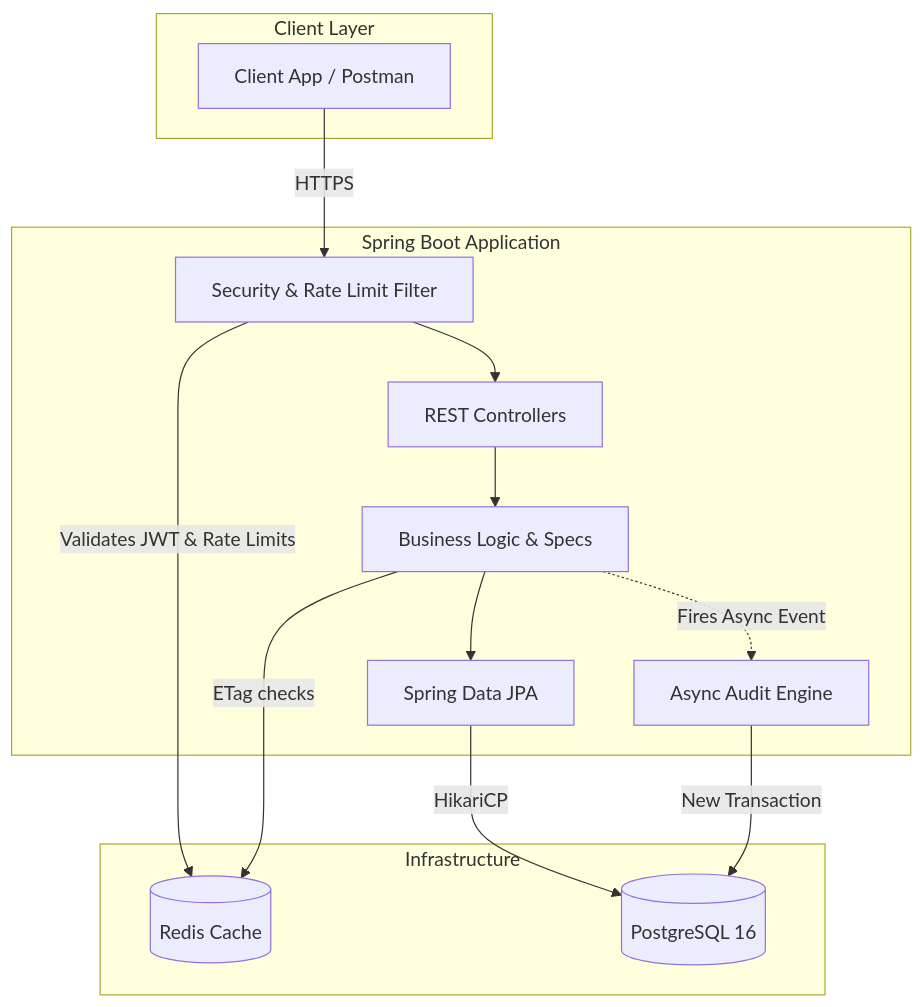
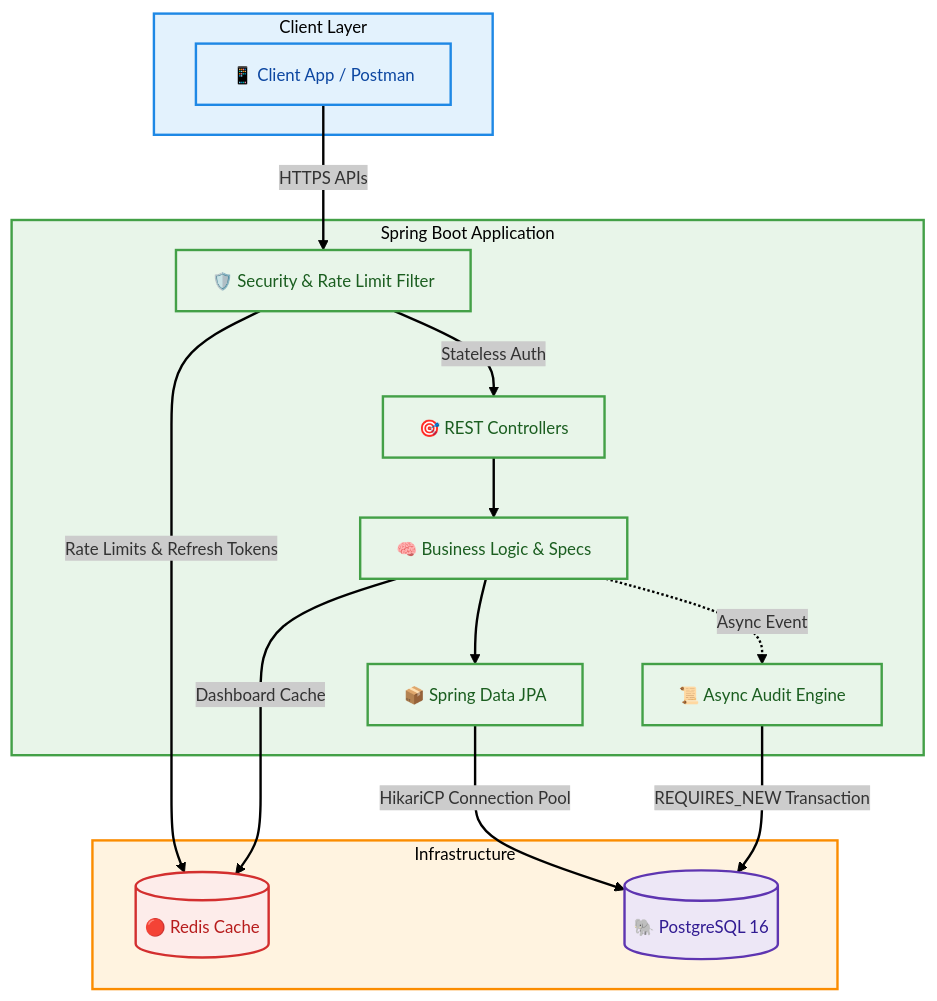
The first of 2 diagrams in README.md (THARUN-RAJ-R/finance-dashboard), drawn with Mermaid before and after one commit. The commit also changed other lines of this file, not shown here.

Commit message:
docs: apply premium neo theme to system architecture and database schema diagrams

````diff
--- a/README.md
+++ b/README.md
@@ -47,29 +47,45 @@
 ```mermaid
+---
+config:
+  theme: neo
+---
 flowchart TD
-    subgraph Client Layer
-        C[Client App / Postman]
+    classDef client fill:#E3F2FD,stroke:#1E88E5,stroke-width:2px,color:#0D47A1;
+    classDef app fill:#E8F5E9,stroke:#43A047,stroke-width:2px,color:#1B5E20;
+    classDef infra fill:#FFF3E0,stroke:#FB8C00,stroke-width:2px,color:#E65100;
+    classDef redis fill:#FDECEA,stroke:#D32F2F,stroke-width:2px,color:#B71C1C;
+    classDef db fill:#EDE7F6,stroke:#5E35B1,stroke-width:2px,color:#311B92;
+    
+    subgraph CL[Client Layer]
+        C[📱 Client App / Postman]
+    end
+    subgraph SB[Spring Boot Application]
+        Filter[🛡️ Security & Rate Limit Filter]
+        Controllers[🎯 REST Controllers]
+        Services[🧠 Business Logic & Specs]
+        Audit[📜 Async Audit Engine]
+        Repos[📦 Spring Data JPA]
+    end
+    subgraph INF[Infrastructure]
+        Redis[(🔴 Redis Cache)]
+        DB[(🐘 PostgreSQL 16)]
     end
     
-    subgraph Spring Boot Application
-        Filter[Security & Rate Limit Filter]
-        Controllers[REST Controllers]
-        Services[Business Logic & Specs]
-        Audit[Async Audit Engine]
-        Repos[Spring Data JPA]
-    end
+    C -->|HTTPS APIs| Filter
+    Filter -->|Rate Limits & Refresh Tokens| Redis
+    Filter -->|Stateless Auth| Controllers
+    Controllers --> Services
+    Services -->|Dashboard Cache| Redis
+    Services -.->|Async Event| Audit
+    Services --> Repos
+    Repos -->|HikariCP Connection Pool| DB
+    Audit -->|REQUIRES_NEW Transaction| DB
     
-    subgraph Infrastructure
-        Redis[(Redis Cache)]
-        DB[(PostgreSQL 16)]
-    end
-
-    C -->|HTTPS| Filter
-    Filter -->|Validates JWT & Rate Limits| Redis
-    Filter --> Controllers
-    Controllers --> Services
-    Services -->|ETag checks| Redis
-    Services -.->|Fires Async Event| Audit
-    Services --> Repos
-    Repos -->|HikariCP| DB
-    Audit -->|New Transaction| DB
+    class C client;
+    class Filter,Controllers,Services,Audit,Repos app;
+    class Redis redis;
+    class DB db;
+    style CL fill:#E3F2FD,stroke:#1E88E5,stroke-width:2px
+    style SB fill:#E8F5E9,stroke:#43A047,stroke-width:2px
+    style INF fill:#FFF3E0,stroke:#FB8C00,stroke-width:2px
 ```
````
